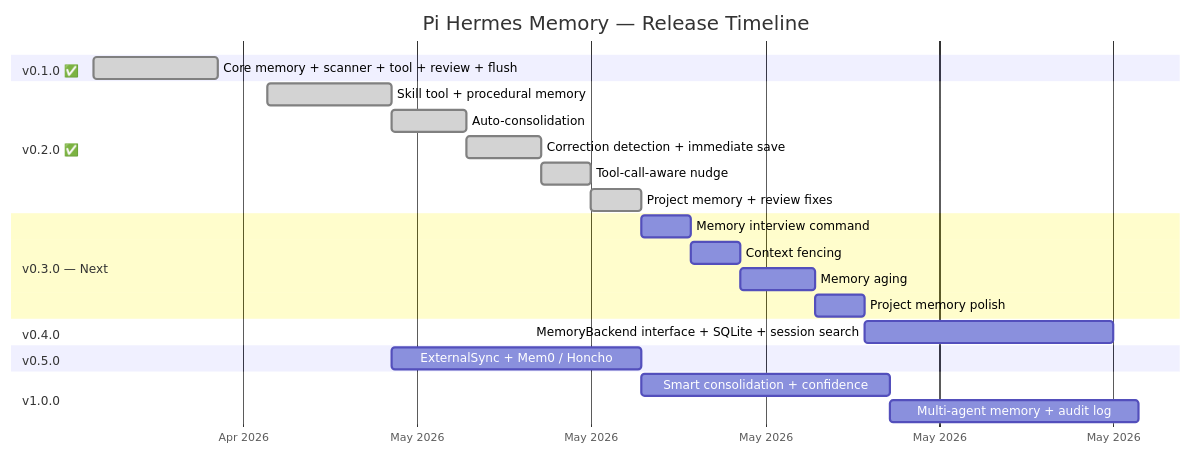
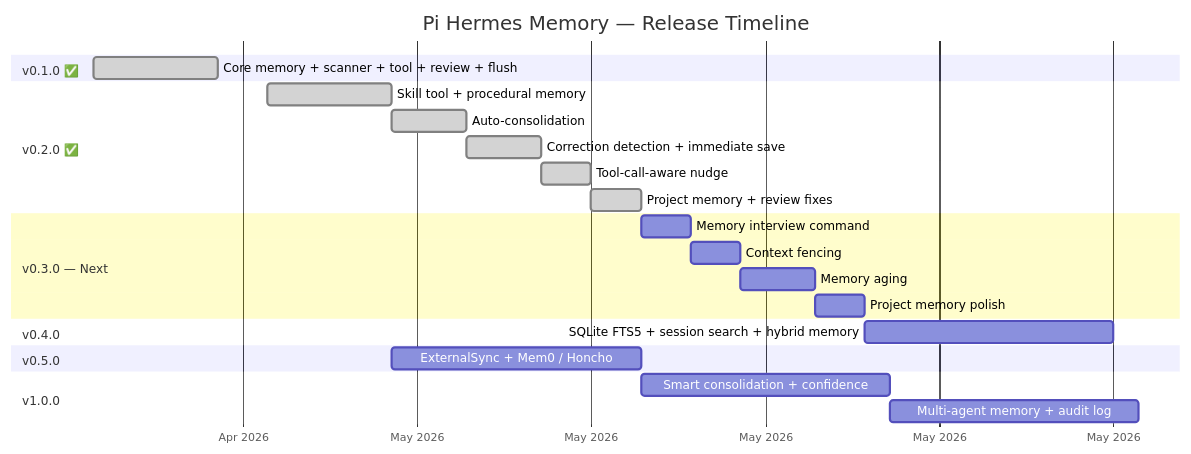
The second of 2 diagrams in docs/ROADMAP.md (chandra447/pi-hermes-memory), drawn with Mermaid before and after one commit. The commit also changed other lines of this file and 2 other files, not shown here.

First line of the commit message:
docs: v0.4 plan and tasks — SQLite FTS5 session search + hybrid memory

````diff
--- a/docs/ROADMAP.md
+++ b/docs/ROADMAP.md
@@ -367,32 +385,32 @@
 ```mermaid
 gantt
     title Pi Hermes Memory — Release Timeline
     dateFormat YYYY-MM-DD
     axisFormat %b %Y
 
     section v0.1.0 ✅
     Core memory + scanner + tool + review + flush    :done, v01, 2026-04-20, 5d
 
     section v0.2.0 ✅
     Skill tool + procedural memory                   :done, v02a, 2026-04-27, 5d
     Auto-consolidation                               :done, v02b, after v02a, 3d
     Correction detection + immediate save            :done, v02c, after v02b, 3d
     Tool-call-aware nudge                            :done, v02d, after v02c, 2d
     Project memory + review fixes                    :done, v02e, after v02d, 2d
 
     section v0.3.0 — Next
     Memory interview command                         :v03a, after v02e, 2d
     Context fencing                                  :v03b, after v03a, 2d
     Memory aging                                     :v03c, after v03b, 3d
     Project memory polish                            :v03d, after v03c, 2d
 
     section v0.4.0
-    MemoryBackend interface + SQLite + session search:v04a, after v03d, 10d
+    SQLite FTS5 + session search + hybrid memory    :v04a, after v03d, 10d
 
     section v0.5.0
     ExternalSync + Mem0 / Honcho                     :v05a, after v04b, 10d
 
     section v1.0.0
     Smart consolidation + confidence                 :v1a, after v05a, 10d
     Multi-agent memory + audit log                   :v1b, after v1a, 10d
 ```
````
